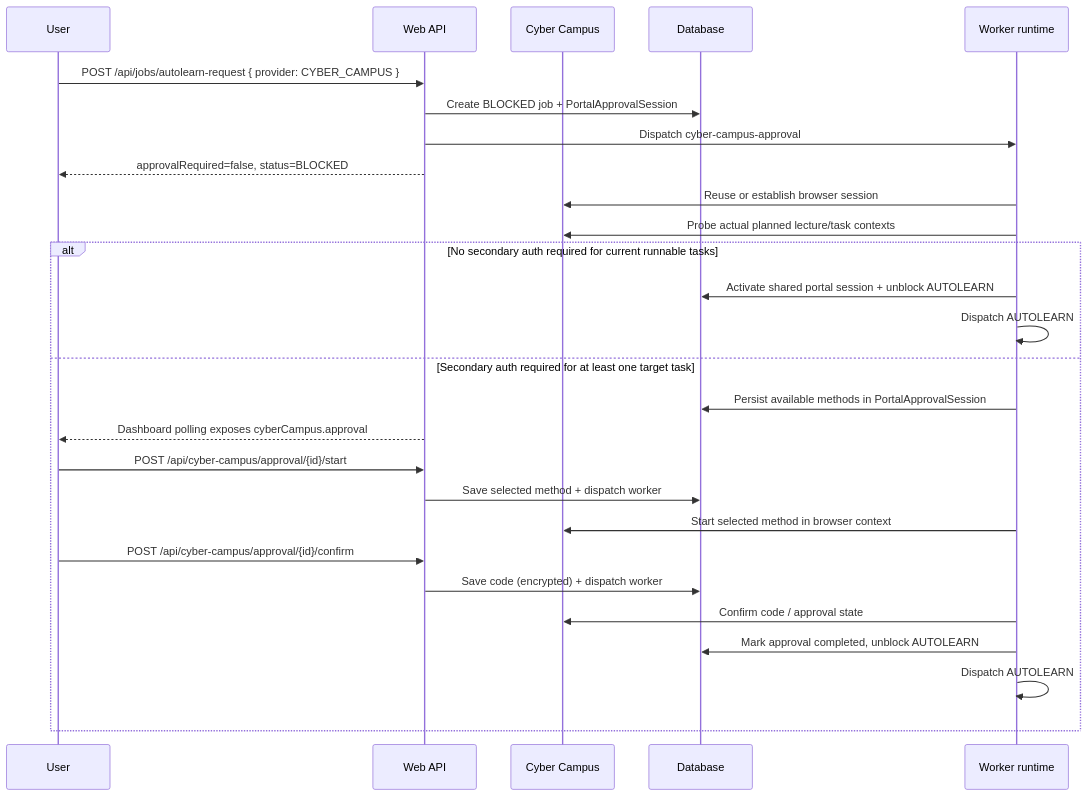
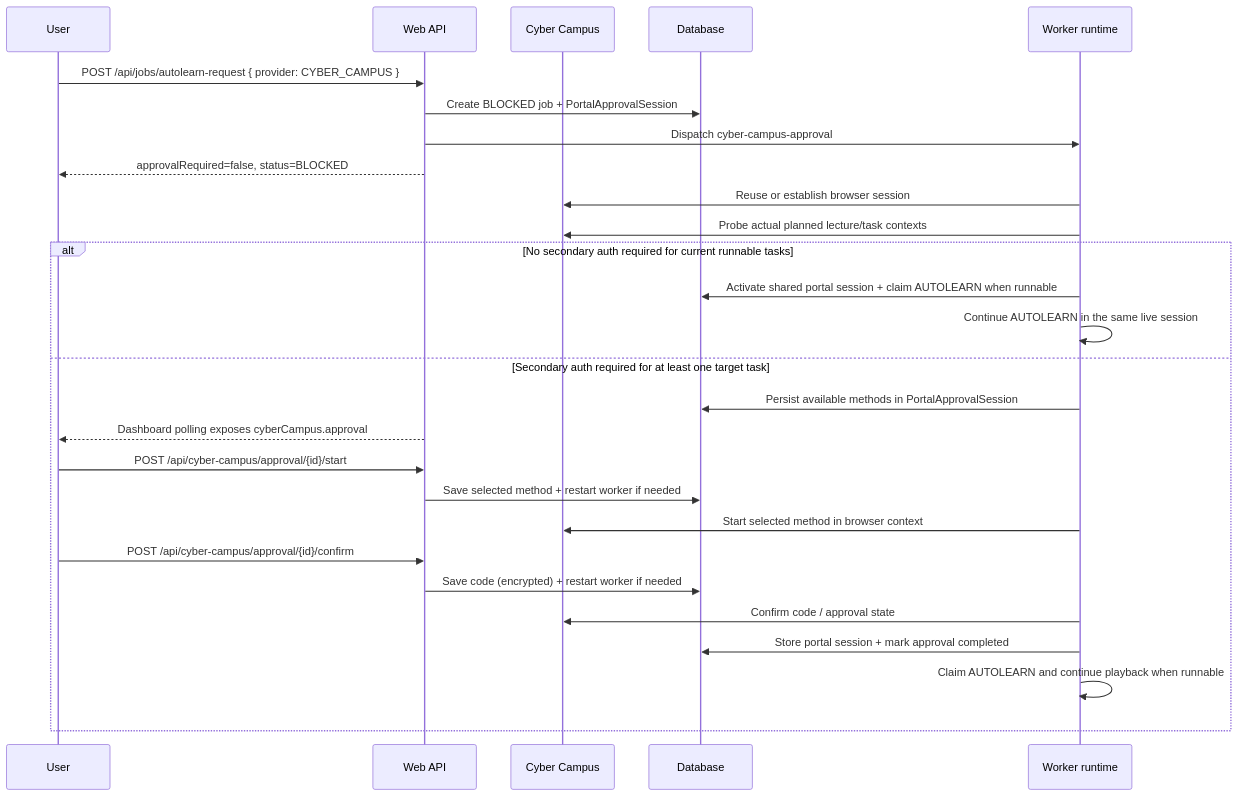
One commit to OneTop4458/cu12 changed the fourth of 4 diagrams in README.md. Above: the diagram before and after it, drawn with Mermaid. The commit also changed other lines of this file and 9 other files, not shown here.

````diff
--- a/README.md
+++ b/README.md
@@ -98,30 +100,30 @@
 ```mermaid
 sequenceDiagram
   participant U as User
   participant API as Web API
   participant Cyber as Cyber Campus
   participant DB as Database
   participant Worker as Worker runtime
 
   U->>API: POST /api/jobs/autolearn-request { provider: CYBER_CAMPUS }
   API->>DB: Create BLOCKED job + PortalApprovalSession
   API->>Worker: Dispatch cyber-campus-approval
   API-->>U: approvalRequired=false, status=BLOCKED
   Worker->>Cyber: Reuse or establish browser session
   Worker->>Cyber: Probe actual planned lecture/task contexts
   alt No secondary auth required for current runnable tasks
-    Worker->>DB: Activate shared portal session + unblock AUTOLEARN
-    Worker->>Worker: Dispatch AUTOLEARN
+    Worker->>DB: Activate shared portal session + claim AUTOLEARN when runnable
+    Worker->>Worker: Continue AUTOLEARN in the same live session
   else Secondary auth required for at least one target task
     Worker->>DB: Persist available methods in PortalApprovalSession
     API-->>U: Dashboard polling exposes cyberCampus.approval
     U->>API: POST /api/cyber-campus/approval/{id}/start
-    API->>DB: Save selected method + dispatch worker
+    API->>DB: Save selected method + restart worker if needed
     Worker->>Cyber: Start selected method in browser context
     U->>API: POST /api/cyber-campus/approval/{id}/confirm
-    API->>DB: Save code (encrypted) + dispatch worker
+    API->>DB: Save code (encrypted) + restart worker if needed
     Worker->>Cyber: Confirm code / approval state
-    Worker->>DB: Mark approval completed, unblock AUTOLEARN
-    Worker->>Worker: Dispatch AUTOLEARN
+    Worker->>DB: Store portal session + mark approval completed
+    Worker->>Worker: Claim AUTOLEARN and continue playback when runnable
   end
 ```
````
